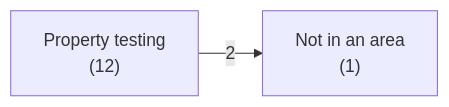
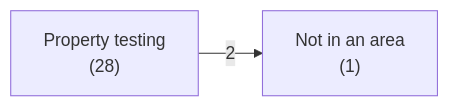
The first of 3 diagrams in docs/generated/test/property/depends.md (ruudkoot/rune), drawn with Mermaid before and after one commit. The commit also changed other lines of this file and 134 other files, not shown here.

````diff
--- a/docs/generated/test/property/depends.md
+++ b/docs/generated/test/property/depends.md
@@ -24,6 +24,6 @@
 ```mermaid
 flowchart LR
   a0["Not in an area<br>(1)"]
-  a1["Property testing<br>(12)"]
+  a1["Property testing<br>(28)"]
   a1 -- 2 --> a0
 ```
````
